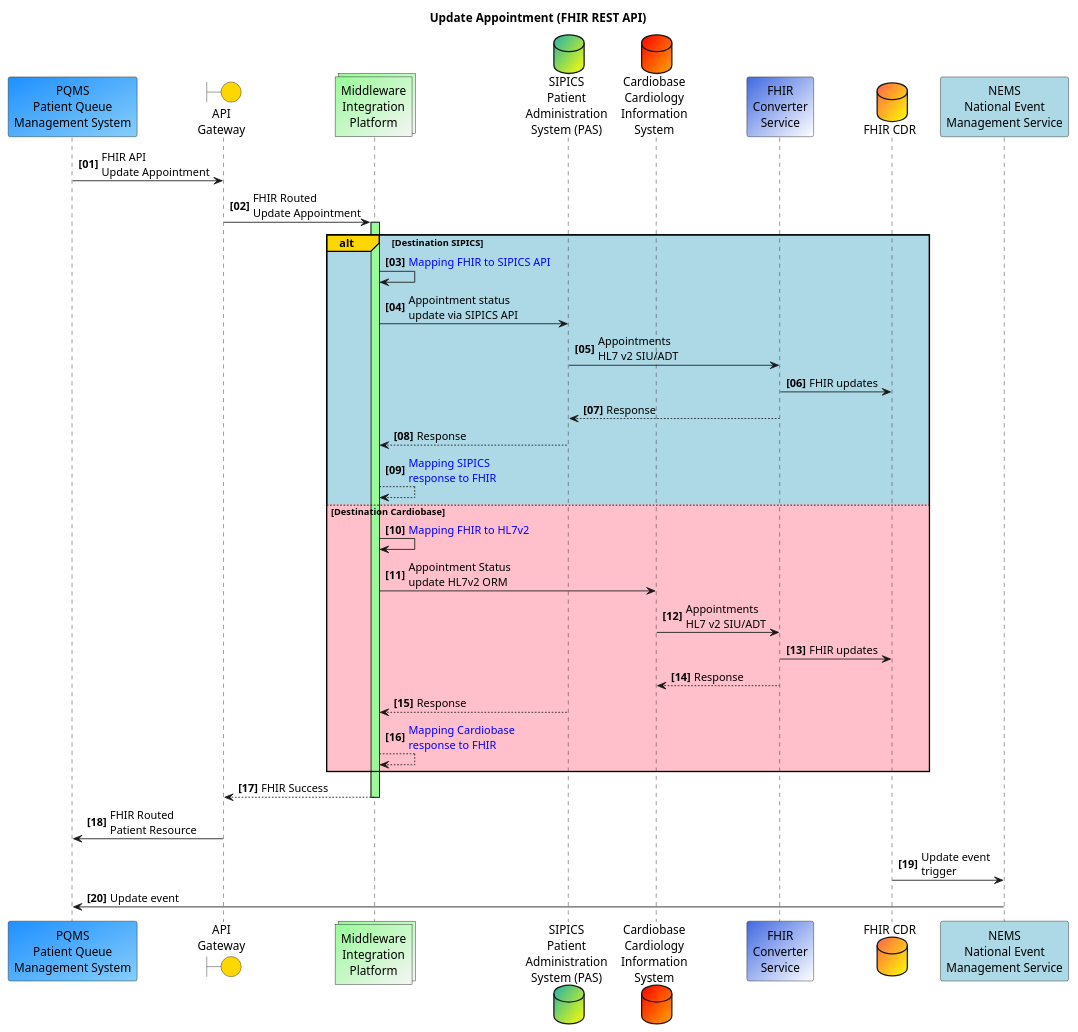
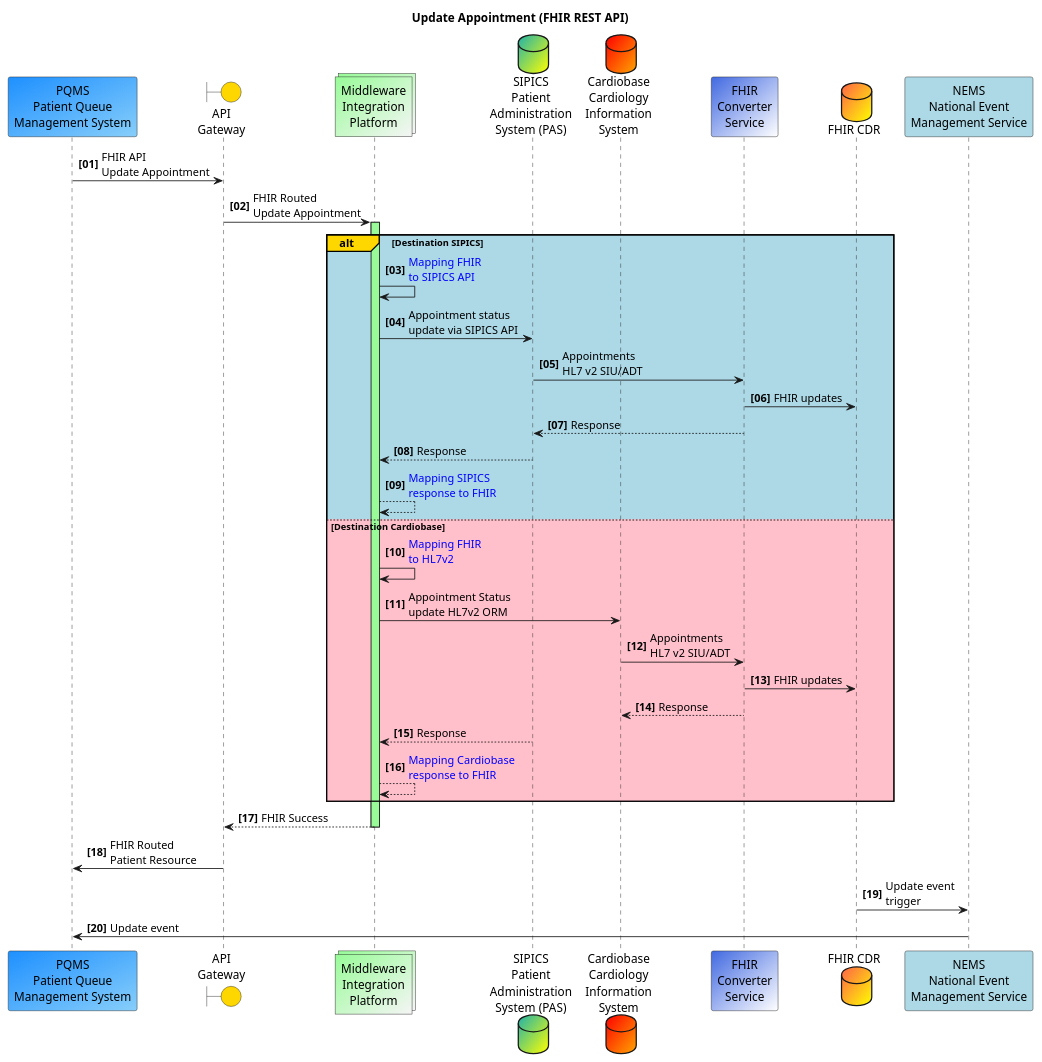
One commit to tewhatuora/cinc-fhir-ig changed the diagram in input/images-source/pqms-update-appointment.plantuml. Above: the diagram before and after it, drawn with PlantUML. The commit also changed 17 other files, not shown here.

```diff
--- a/input/images-source/pqms-update-appointment.plantuml
+++ b/input/images-source/pqms-update-appointment.plantuml
@@ -1,45 +1,45 @@
 @startuml
 'https://plantuml.com/sequence-diagram
 
 autonumber "<b>[00]"
 Participant "PQMS\nPatient Queue\nManagement System" as p #dodgerblue/lightskyblue
 Boundary "API\nGateway" as a #gold
 Collections "Middleware\nIntegration\nPlatform" as m #palegreen/whitesmoke
 Database "SIPICS\nPatient\nAdministration\nSystem (PAS)" as s #LightSeaGreen/yellow
 Database "Cardiobase\nCardiology\nInformation\nSystem" as c #red/orange
 Participant "FHIR\nConverter\nService" as f #royalblue/white
 Database "FHIR CDR" as w #tomato/yellow
 Participant "NEMS\nNational Event\nManagement Service" as n #lightblue
 
 title Update Appointment (FHIR REST API)
 p -> a: FHIR API\nUpdate Appointment
 a -> m++ #palegreen: FHIR Routed\nUpdate Appointment
 alt#Gold #lightblue Destination SIPICS
-  m -> m: <font color=blue>Mapping FHIR to SIPICS API
+  m -> m: <font color=blue>Mapping FHIR\n<font color=blue>to SIPICS API
   m -> s: Appointment status\nupdate via SIPICS API
   s -> f: Appointments\nHL7 v2 SIU/ADT
   f -> w: FHIR updates
   f --> s: Response
   s --> m: Response
   m --> m: <font color=blue>Mapping SIPICS\n<font color=blue>response to FHIR
 else #Pink Destination Cardiobase
-  m -> m: <font color=blue>Mapping FHIR to HL7v2
+  m -> m: <font color=blue>Mapping FHIR\n<font color=blue>to HL7v2
   m -> c: Appointment Status\nupdate HL7v2 ORM
   c -> f: Appointments\nHL7 v2 SIU/ADT
   f -> w: FHIR updates
   f --> c: Response
   s --> m: Response
   m --> m: <font color=blue>Mapping Cardiobase\n<font color=blue>response to FHIR
 end
 return FHIR Success
 a->p: FHIR Routed\nPatient Resource
 
 
 
 w -> n: Update event\ntrigger
 n -> p: Update event
 
 
 
 
 @enduml
```
